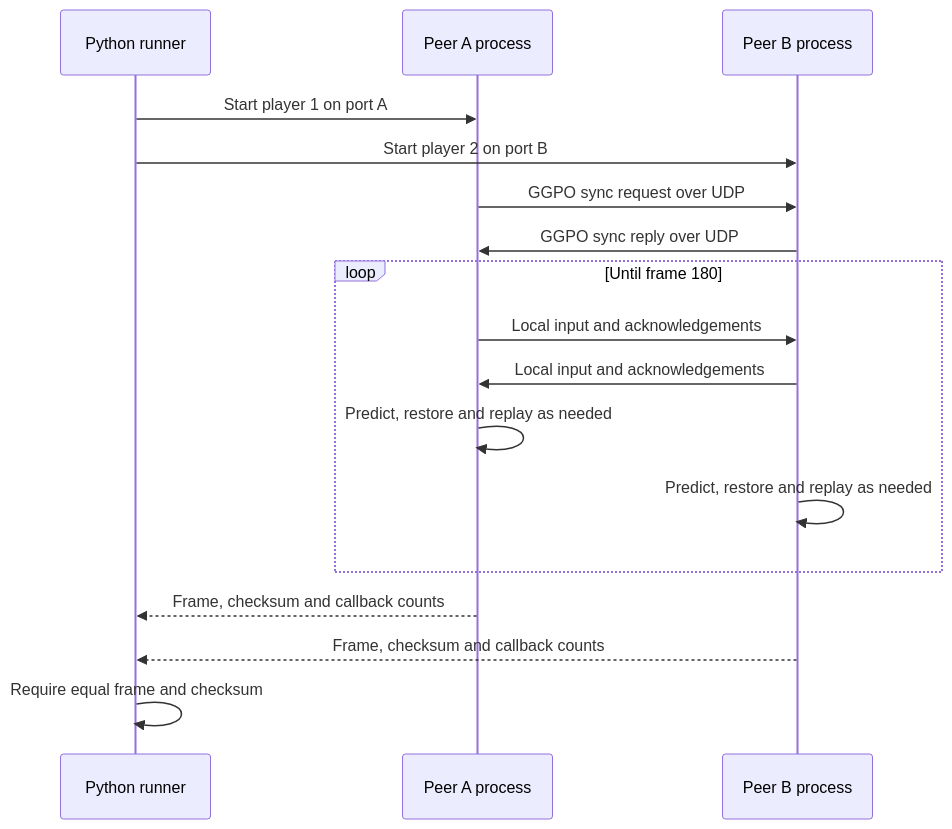
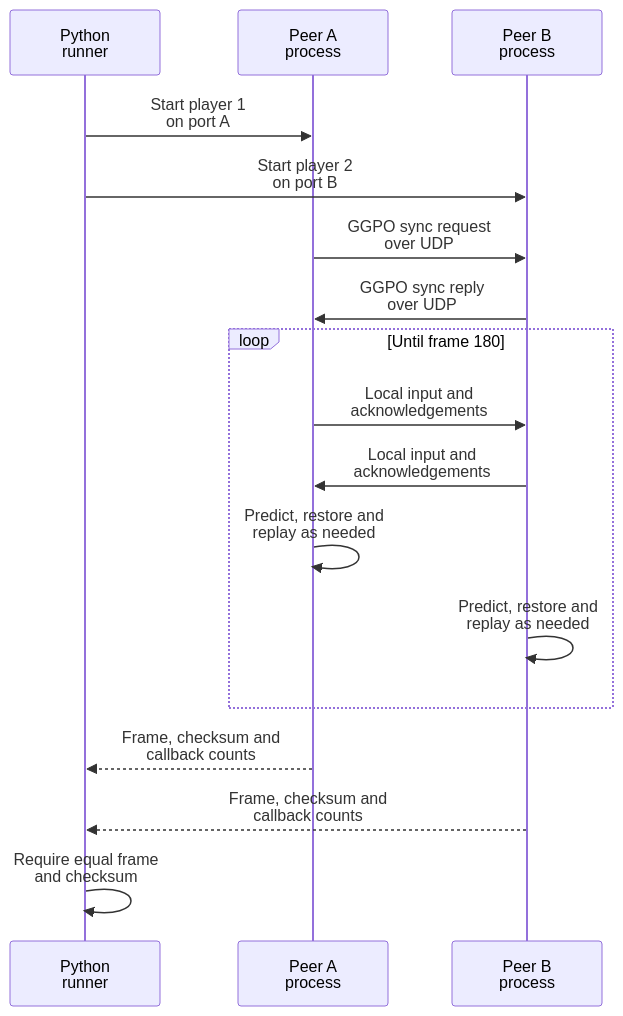
One commit to irregularthanis/ggpo-next changed the third of 3 diagrams in doc/architecture/Testing.md. Above: the diagram before and after it, drawn with Mermaid. The commit also changed other lines of this file and 9 other files, not shown here.

Commit message:
docs: wrap Mermaid diagram labels

````diff
--- a/doc/architecture/Testing.md
+++ b/doc/architecture/Testing.md
@@ -136,20 +136,20 @@
 ```mermaid
 sequenceDiagram
-    participant Runner as Python runner
-    participant A as Peer A process
-    participant B as Peer B process
+    participant Runner as Python<br/>runner
+    participant A as Peer A<br/>process
+    participant B as Peer B<br/>process
 
-    Runner->>A: Start player 1 on port A
-    Runner->>B: Start player 2 on port B
-    A->>B: GGPO sync request over UDP
-    B->>A: GGPO sync reply over UDP
+    Runner->>A: Start player 1<br/>on port A
+    Runner->>B: Start player 2<br/>on port B
+    A->>B: GGPO sync request<br/>over UDP
+    B->>A: GGPO sync reply<br/>over UDP
     loop Until frame 180
-        A->>B: Local input and acknowledgements
-        B->>A: Local input and acknowledgements
-        A->>A: Predict, restore and replay as needed
-        B->>B: Predict, restore and replay as needed
+        A->>B: Local input and<br/>acknowledgements
+        B->>A: Local input and<br/>acknowledgements
+        A->>A: Predict, restore and<br/>replay as needed
+        B->>B: Predict, restore and<br/>replay as needed
     end
-    A-->>Runner: Frame, checksum and callback counts
-    B-->>Runner: Frame, checksum and callback counts
-    Runner->>Runner: Require equal frame and checksum
+    A-->>Runner: Frame, checksum and<br/>callback counts
+    B-->>Runner: Frame, checksum and<br/>callback counts
+    Runner->>Runner: Require equal frame<br/>and checksum
 ```
````
